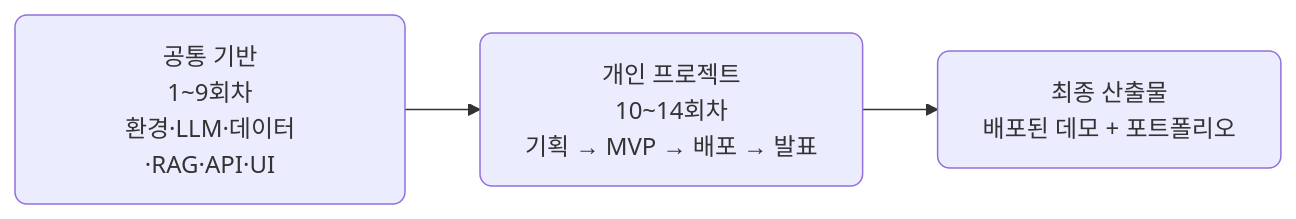
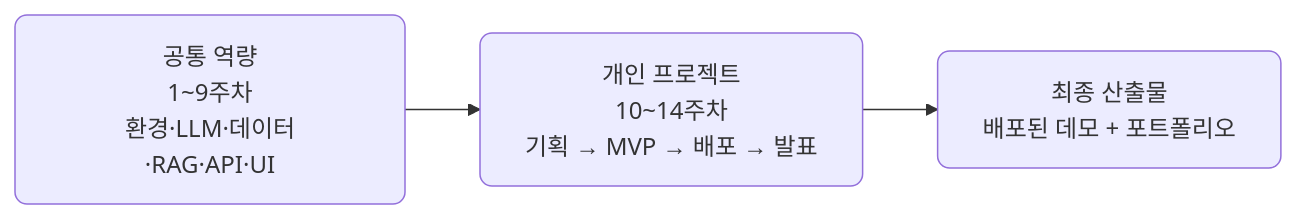
One commit to 2026-ai-service-engineering-a/ai_service_engineering-track_a changed the diagram in site/src/content/slides/ko/session-01/index.mdx. Above: the diagram before and after it, drawn with Mermaid. The commit also changed other lines of this file and 8 other files, not shown here.

````diff
--- a/site/src/content/slides/ko/session-01/index.mdx
+++ b/site/src/content/slides/ko/session-01/index.mdx
@@ -34,6 +34,6 @@
 ```mermaid
 flowchart LR
-  A["공통 기반<br/>1~9회차<br/>환경·LLM·데이터·RAG·API·UI"] --> B["개인 프로젝트<br/>10~14회차<br/>기획 → MVP → 배포 → 발표"]
+  A["공통 역량<br/>1~9주차<br/>환경·LLM·데이터·RAG·API·UI"] --> B["개인 프로젝트<br/>10~14주차<br/>기획 → MVP → 배포 → 발표"]
   B --> C["최종 산출물<br/>배포된 데모 + 포트폴리오"]
   classDef default rx:8,ry:8;
 ```
````
